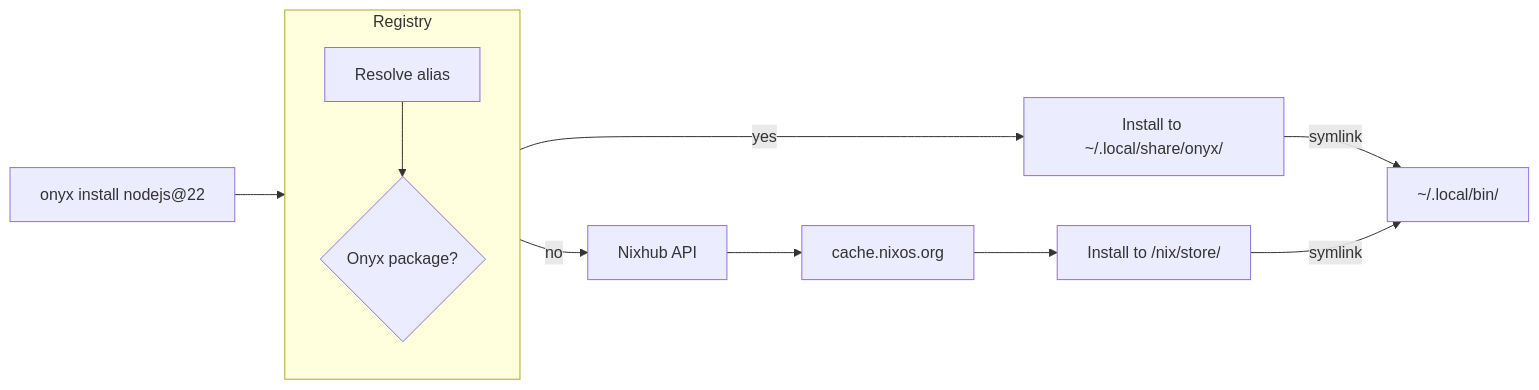
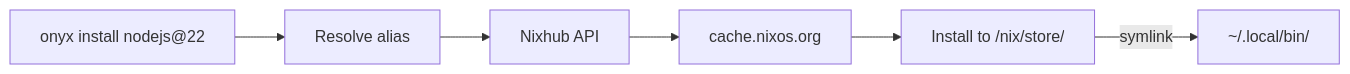
The diagram in README.md (lilienblum/onyx), drawn with Mermaid before and after one commit. The commit also changed other lines of this file and 1 other file, not shown here.

First line of the commit message:
docs: rewrite README and remove registry references

````diff
--- a/README.md
+++ b/README.md
@@ -79,16 +76,8 @@
 ```mermaid
 flowchart LR
-    A[onyx install nodejs@22] --> B
-
-    subgraph B[Registry]
-        direction TB
-        B1[Resolve alias] --> B2{Onyx package?}
-    end
-
-    B2 -->|yes| D[Install to ~/.local/share/onyx/]
-    B2 -->|no| C[Nixhub API]
-    C --> E[cache.nixos.org]
-    E --> F[Install to /nix/store/]
-    D -->|symlink| G[~/.local/bin/]
-    F -->|symlink| G
+    A[onyx install nodejs@22] --> B[Resolve alias]
+    B --> C[Nixhub API]
+    C --> D[cache.nixos.org]
+    D --> E[Install to /nix/store/]
+    E -->|symlink| F[~/.local/bin/]
 ```
````
